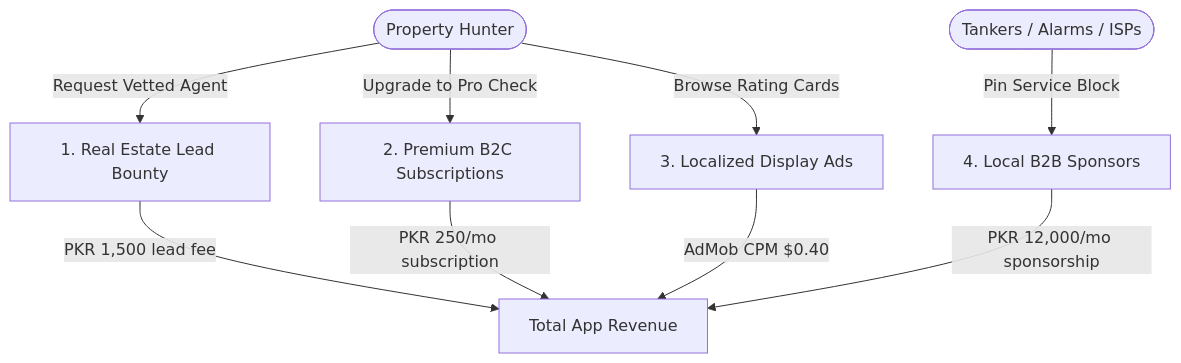
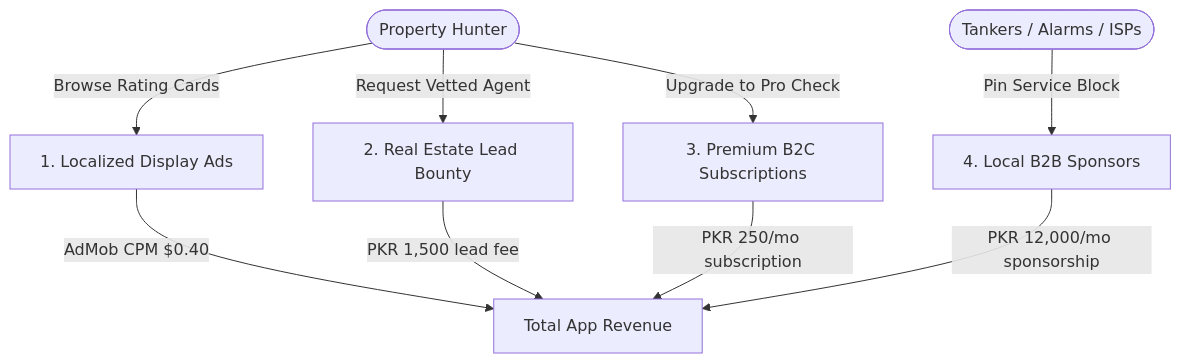
The diagram in BastiCheck/revenue_model.md (hasanjamshaid/androidapps_docs), drawn with Mermaid before and after one commit. The commit also changed other lines of this file and 18 other files, not shown here.

````diff
--- a/BastiCheck/revenue_model.md
+++ b/BastiCheck/revenue_model.md
@@ -21,12 +21,12 @@
 ```mermaid
 graph TD
-    User([Property Hunter]) -->|Request Vetted Agent| Lead[1. Real Estate Lead Bounty]
-    User -->|Upgrade to Pro Check| Pro[2. Premium B2C Subscriptions]
-    User -->|Browse Rating Cards| Ads[3. Localized Display Ads]
+    User([Property Hunter]) -->|Browse Rating Cards| Ads[1. Localized Display Ads]
+    User -->|Request Vetted Agent| Lead[2. Real Estate Lead Bounty]
+    User -->|Upgrade to Pro Check| Pro[3. Premium B2C Subscriptions]
     Providers([Tankers / Alarms / ISPs]) -->|Pin Service Block| Placements[4. Local B2B Sponsors]
 
-    Lead -->|PKR 1,500 lead fee| Rev[Total App Revenue]
+    Ads -->|AdMob CPM $0.40| Rev[Total App Revenue]
+    Lead -->|PKR 1,500 lead fee| Rev
     Pro -->|PKR 250/mo subscription| Rev
-    Ads -->|AdMob CPM $0.40| Rev
     Placements -->|PKR 12,000/mo sponsorship| Rev
 ```
````
